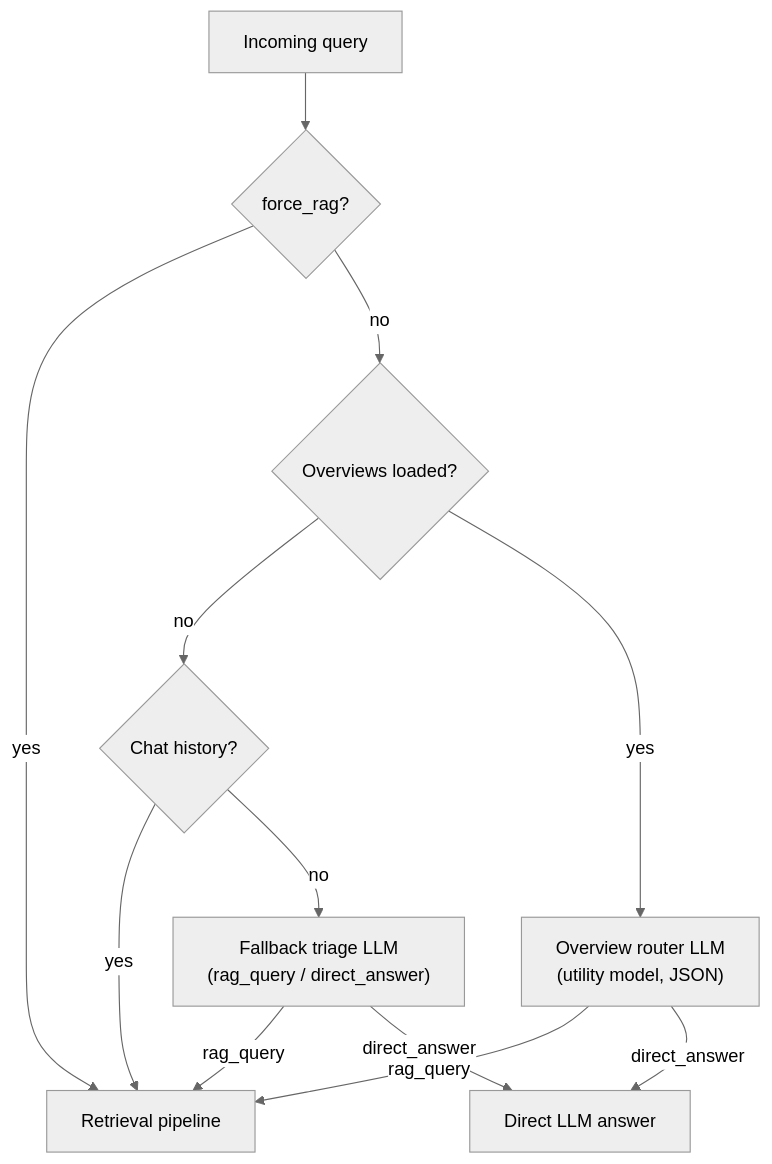
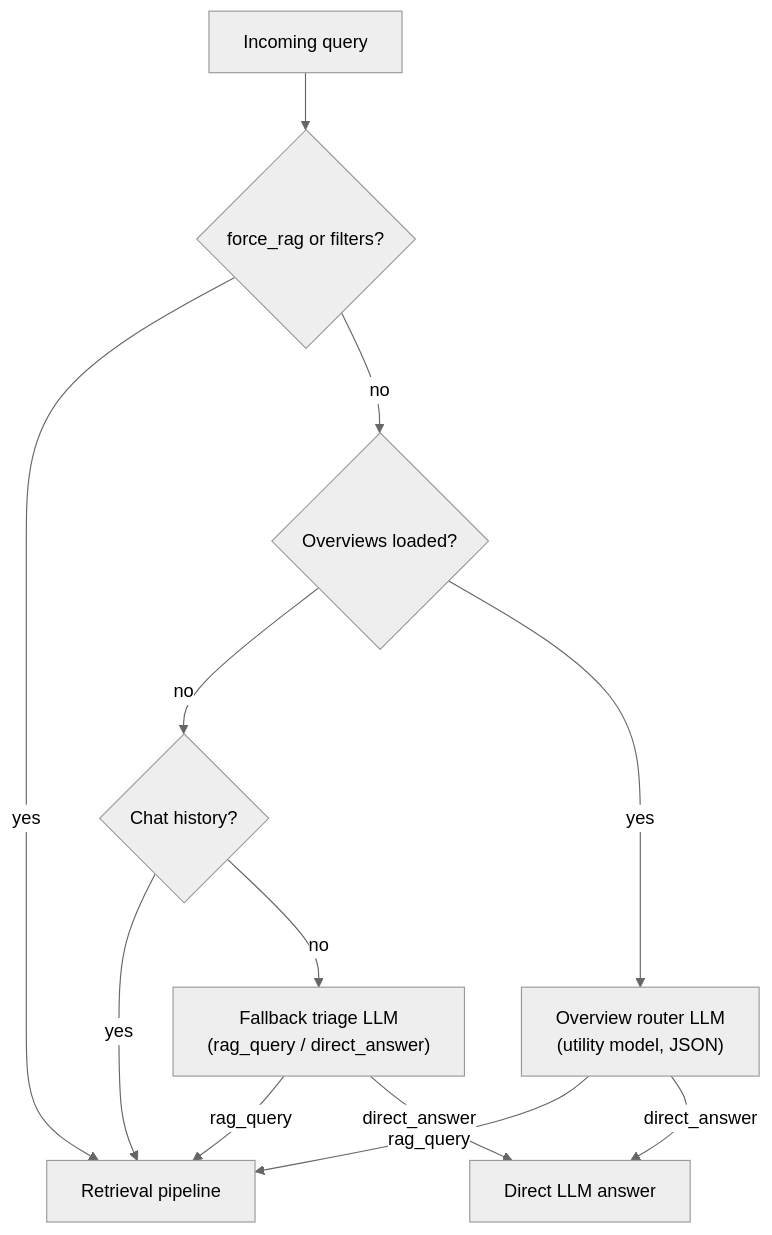
The diagram in Documentation/triage_system.md (PromtEngineer/localGPT), drawn with Mermaid (neutral theme) before and after one commit. The commit also changed other lines of this file and 24 other files, not shown here.

````diff
--- a/Documentation/triage_system.md
+++ b/Documentation/triage_system.md
@@ -47,14 +49,14 @@
 ```mermaid
 flowchart TD
-    Q["Incoming query"] --> FR{force_rag?}
+    Q["Incoming query"] --> FR{force_rag or filters?}
     FR -- yes --> RAG["Retrieval pipeline"]
     FR -- no --> OV{Overviews loaded?}
     OV -- no --> H{Chat history?}
     OV -- yes --> R1["Overview router LLM<br/>(utility model, JSON)"]
     R1 -- rag_query --> RAG
     R1 -- direct_answer --> LLM["Direct LLM answer"]
     H -- yes --> RAG
     H -- no --> R2["Fallback triage LLM<br/>(rag_query / direct_answer)"]
     R2 -- rag_query --> RAG
     R2 -- direct_answer --> LLM
 ```
````
